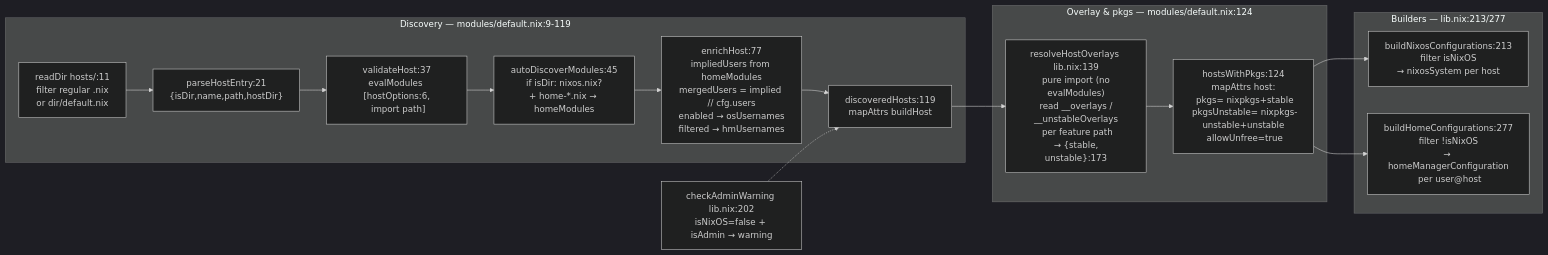
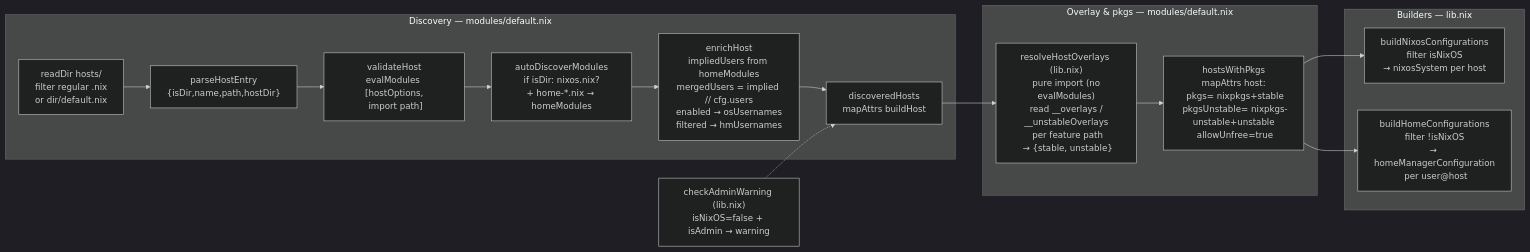
Before and after one commit to WombatFromHell/automatic-palm-tree: the second of 7 diagrams in DESIGN.md, drawn with Mermaid (dark theme). The commit also changed other lines of this file and 29 other files, not shown here.

````diff
--- a/DESIGN.md
+++ b/DESIGN.md
@@ -77,23 +77,23 @@
 ```mermaid
 flowchart LR
-    subgraph Disc ["Discovery — modules/default.nix:9-119"]
-        scan["readDir hosts/:11\nfilter regular .nix\nor dir/default.nix"] --> parse["parseHostEntry:21\n{isDir,name,path,hostDir}"]
-        parse --> validate["validateHost:37\nevalModules [hostOptions:6,\n import path]"]
-        validate --> auto["autoDiscoverModules:45\nif isDir: nixos.nix?\n+ home-*.nix → homeModules"]
-        auto --> enrich["enrichHost:77\nimpliedUsers from homeModules\nmergedUsers = implied // cfg.users\nenabled → osUsernames\nfiltered → hmUsernames"]
-        enrich --> discovered["discoveredHosts:119\nmapAttrs buildHost"]
+    subgraph Disc ["Discovery — modules/default.nix"]
+        scan["readDir hosts/\nfilter regular .nix\nor dir/default.nix"] --> parse["parseHostEntry\n{isDir,name,path,hostDir}"]
+        parse --> validate["validateHost\nevalModules [hostOptions,\n import path]"]
+        validate --> auto["autoDiscoverModules\nif isDir: nixos.nix?\n+ home-*.nix → homeModules"]
+        auto --> enrich["enrichHost\nimpliedUsers from homeModules\nmergedUsers = implied // cfg.users\nenabled → osUsernames\nfiltered → hmUsernames"]
+        enrich --> discovered["discoveredHosts\nmapAttrs buildHost"]
     end
-    subgraph Pkgs ["Overlay & pkgs — modules/default.nix:124"]
-        overlays["resolveHostOverlays lib.nix:139\n pure import (no evalModules)\n read __overlays / __unstableOverlays\n per feature path\n → {stable, unstable}:173"]
-        mkPkgs["hostsWithPkgs:124\nmapAttrs host:\n pkgs= nixpkgs+stable\n pkgsUnstable= nixpkgs-unstable+unstable\n allowUnfree=true"]
+    subgraph Pkgs ["Overlay & pkgs — modules/default.nix"]
+        overlays["resolveHostOverlays (lib.nix)\n pure import (no evalModules)\n read __overlays / __unstableOverlays\n per feature path\n → {stable, unstable}"]
+        mkPkgs["hostsWithPkgs\nmapAttrs host:\n pkgs= nixpkgs+stable\n pkgsUnstable= nixpkgs-unstable+unstable\n allowUnfree=true"]
         overlays --> mkPkgs
     end
-    subgraph Out ["Builders — lib.nix:213/277"]
-        nixos["buildNixosConfigurations:213\nfilter isNixOS\n→ nixosSystem per host"]
-        hm["buildHomeConfigurations:277\nfilter !isNixOS\n→ homeManagerConfiguration\n per user@host"]
+    subgraph Out ["Builders — lib.nix"]
+        nixos["buildNixosConfigurations\nfilter isNixOS\n→ nixosSystem per host"]
+        hm["buildHomeConfigurations\nfilter !isNixOS\n→ homeManagerConfiguration\n per user@host"]
     end
     discovered --> overlays
     mkPkgs --> nixos & hm
 
-    checkWarn["checkAdminWarning lib.nix:202\nisNixOS=false + isAdmin → warning"] -.-> discovered
+    checkWarn["checkAdminWarning (lib.nix)\nisNixOS=false + isAdmin → warning"] -.-> discovered
 ```
````
